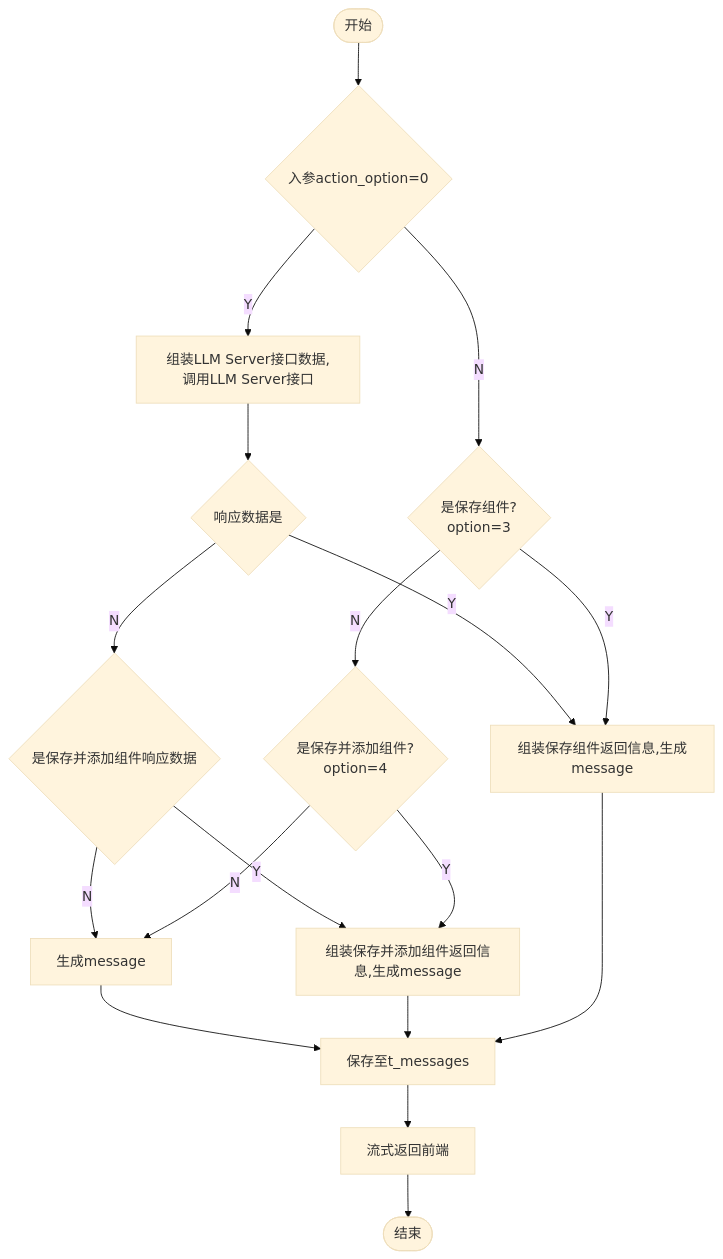
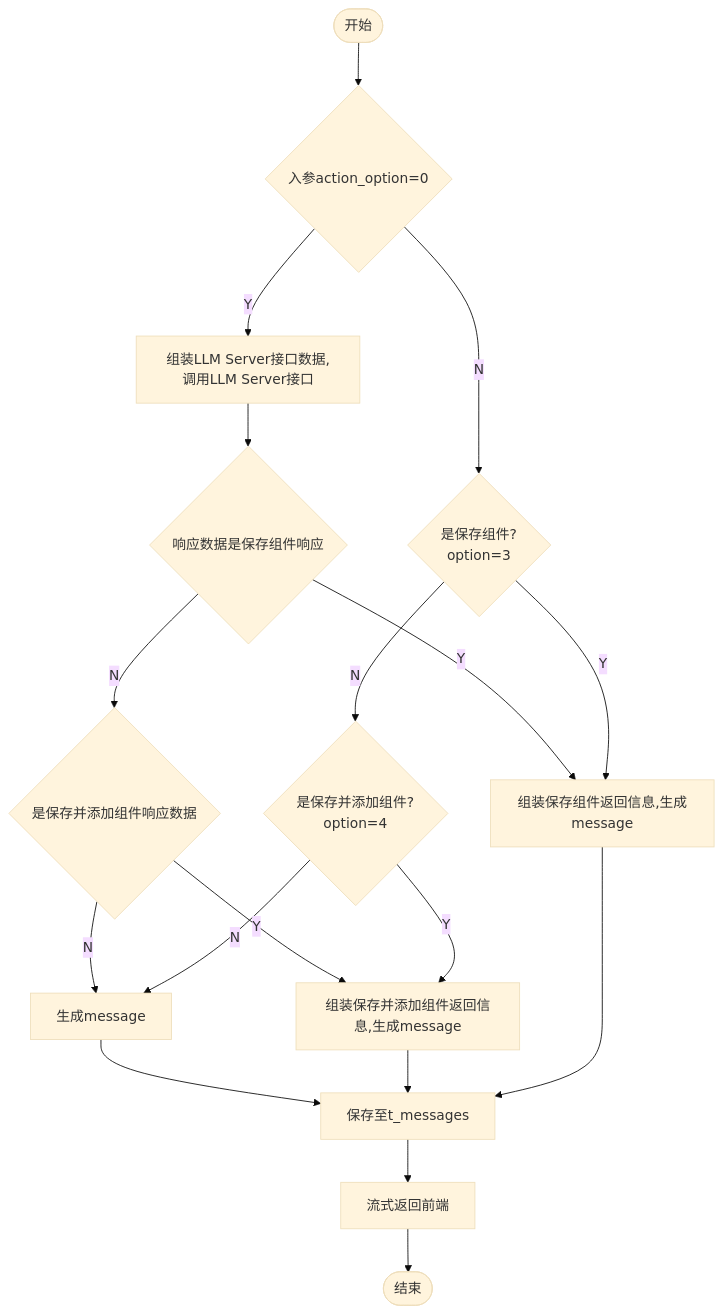
Before and after one commit to yingjianzh/iodraw-files: the diagram in all/添加保存组件.md, drawn with Mermaid (base theme).

Commit message:
2024-10-15 15:24:56 update

````diff
--- a/all/添加保存组件.md
+++ b/all/添加保存组件.md
@@ -1,21 +1,21 @@
 ```mermaid
 flowchart TD
     A([开始]) --> B{入参action_option=0}
     B -- Y --> C[组装LLM Server接口数据,调用LLM Server接口]
-    C --> E{响应数据是}
+    C --> E{响应数据是保存组件响应}
     B -- N --> D{是保存组件? \n option=3}
     E -- N --> L{是保存并添加组件响应数据}
     E -- Y --> F[组装保存组件返回信息,生成message]
     
     L -- N --> R[生成message]
     R --> G
     L -- Y --> K
     D -- Y --> F
     D -- N --> J{是保存并添加组件? \n option=4}
     J -- Y --> K[组装保存并添加组件返回信息,生成message]
     K --> G
     J -- N --> R
     F --> G[保存至t_messages]
     G --> H[流式返回前端]
     H --> I([结束])
 ```
````
